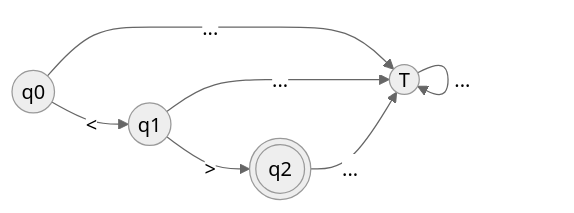
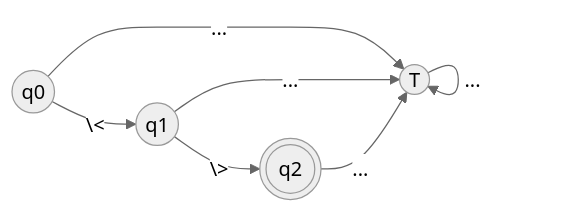
Diagram 27 of 34 in docs/regexp-afd.md (martinstanicio/tinylang), drawn with Mermaid (neutral theme) before and after one commit. The commit also changed other lines of this file, not shown here.

Commit message:
escapar caracteres especiales en los diagramas de estado

````diff
--- a/docs/regexp-afd.md
+++ b/docs/regexp-afd.md
@@ -510,10 +510,10 @@
 ```mermaid
 flowchart LR
     q0(("q0"))
     q1(("q1"))
     q2((("q2")))
     T(("T"))
 
-    q0 -- "<" --> q1 -- ">" --> q2
+    q0 -- "\<" --> q1 -- "\>" --> q2
     q0 & q1 & q2 & T -- "..." --> T
 ```
````
